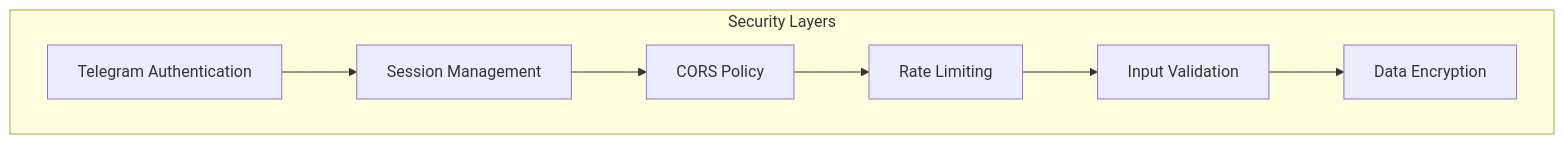
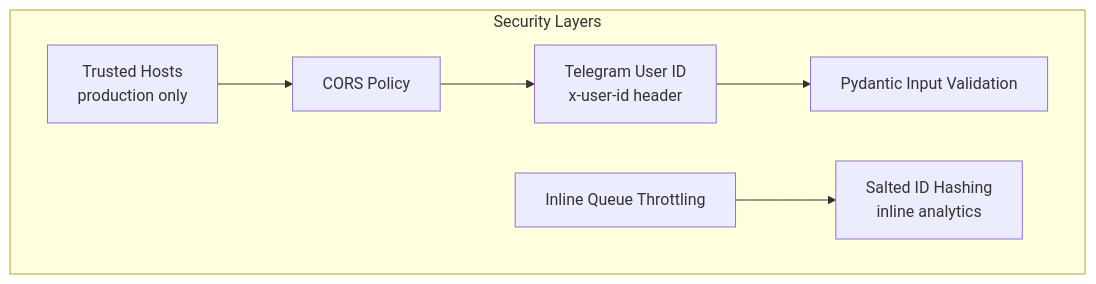
Before and after one commit to gofrolist/calorie-track-ai-bot-api: diagram 11 of 14 in docs/ARCHITECTURE.md, drawn with Mermaid. The commit also changed other lines of this file and 49 other files, not shown here.

First line of the commit message:
docs: align documentation with current code and architecture

````diff
--- a/docs/ARCHITECTURE.md
+++ b/docs/ARCHITECTURE.md
@@ -577,17 +592,16 @@
 ```mermaid
 graph TD
     subgraph "Security Layers"
-        TELEGRAM_AUTH[Telegram Authentication]
-        SESSION_MGMT[Session Management]
+        TELEGRAM_ID[Telegram User ID<br/>x-user-id header]
+        TRUSTED_HOSTS[Trusted Hosts<br/>production only]
         CORS_POLICY[CORS Policy]
-        RATE_LIMIT[Rate Limiting]
-        INPUT_VALIDATION[Input Validation]
-        ENCRYPTION[Data Encryption]
+        RATE_LIMIT[Inline Queue Throttling]
+        INPUT_VALIDATION[Pydantic Input Validation]
+        HASHING[Salted ID Hashing<br/>inline analytics]
     end
 
-    TELEGRAM_AUTH --> SESSION_MGMT
-    SESSION_MGMT --> CORS_POLICY
-    CORS_POLICY --> RATE_LIMIT
-    RATE_LIMIT --> INPUT_VALIDATION
-    INPUT_VALIDATION --> ENCRYPTION
+    TRUSTED_HOSTS --> CORS_POLICY
+    CORS_POLICY --> TELEGRAM_ID
+    TELEGRAM_ID --> INPUT_VALIDATION
+    RATE_LIMIT --> HASHING
 ```
````
